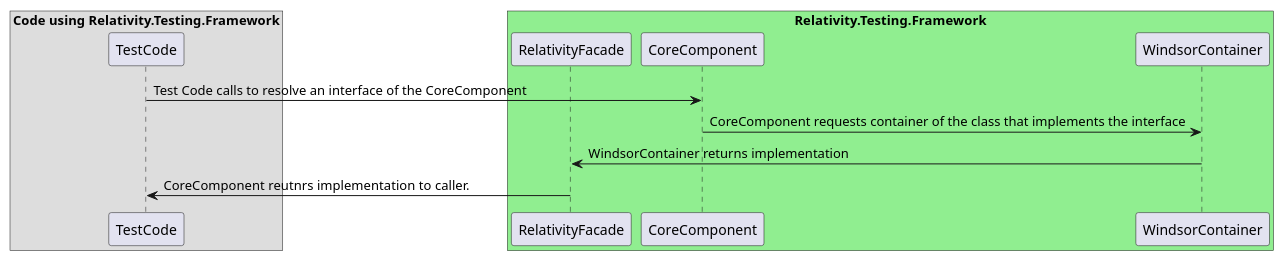
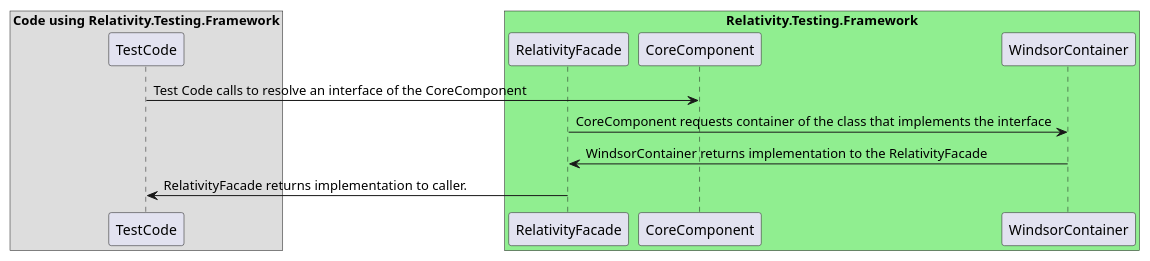
Before and after one commit to relativitydev/relativity.testing.framework: the diagram in docs/dev/SequenceDiagrams/UMLFiles/RegisteredServices.iuml, drawn with PlantUML.

Commit message:
TESTENG-1465: Update CoreComponent and RegisteredServices Sequence diagrams

```diff
--- a/docs/dev/SequenceDiagrams/UMLFiles/RegisteredServices.iuml
+++ b/docs/dev/SequenceDiagrams/UMLFiles/RegisteredServices.iuml
@@ -1,18 +1,18 @@
 @startuml Relativity.Testing.Framework RegisteredServices Sequence Diagram
 
 box "Code using Relativity.Testing.Framework"
 participant "TestCode"
 end box
 
 box "Relativity.Testing.Framework" #LightGreen
 participant "RelativityFacade"
 participant "CoreComponent"
 participant "WindsorContainer"
 end box
 
 "TestCode" -> "CoreComponent" : Test Code calls to resolve an interface of the CoreComponent
-"CoreComponent" -> "WindsorContainer" : CoreComponent requests container of the class that implements the interface
-"WindsorContainer" -> "RelativityFacade" : WindsorContainer returns implementation 
-"TestCode" <- "RelativityFacade" : CoreComponent reutnrs implementation to caller. 
+"RelativityFacade" -> "WindsorContainer" : CoreComponent requests container of the class that implements the interface
+"WindsorContainer" -> "RelativityFacade" : WindsorContainer returns implementation to the RelativityFacade
+"TestCode" <- "RelativityFacade" : RelativityFacade returns implementation to caller. 
 
 @enduml
```
